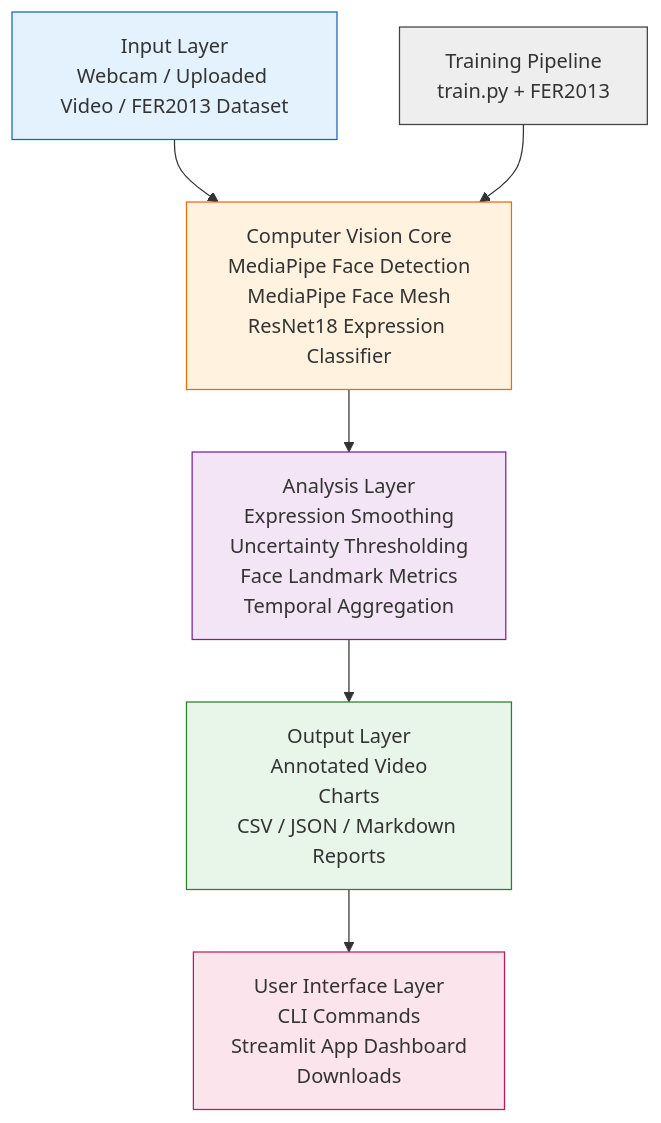
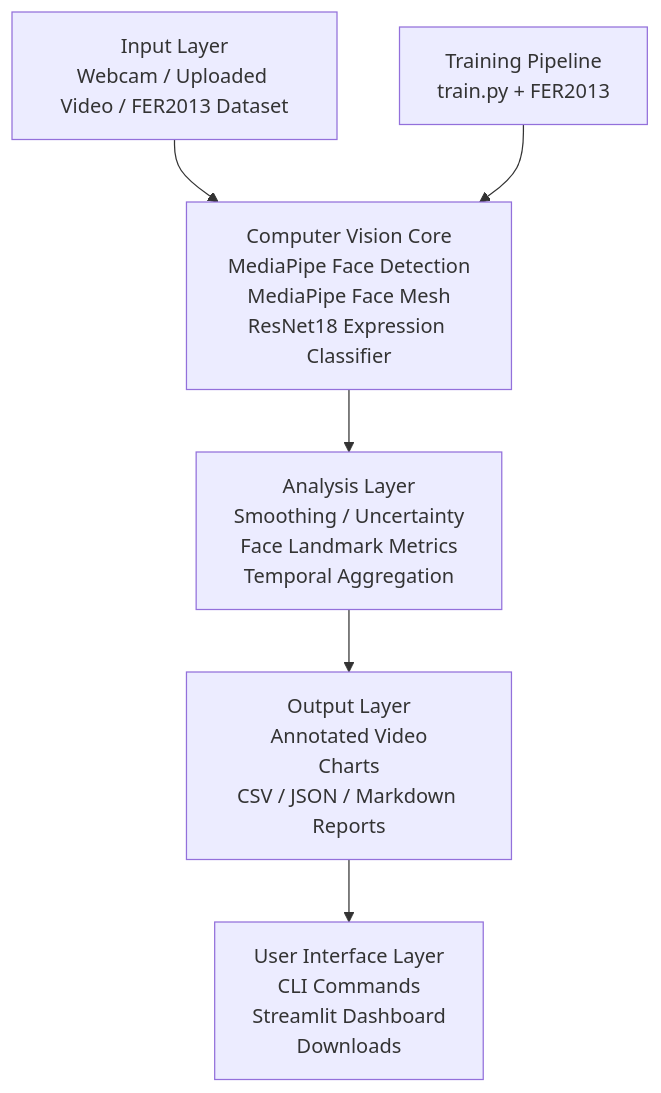
Before and after one commit to Laura77-code/presentsense-ai: the diagram in README.md, drawn with Mermaid. The commit also changed other lines of this file and 4 other files, not shown here.

First line of the commit message:
Refactor documentation and add architecture overview

````diff
--- a/README.md
+++ b/README.md
@@ -915,19 +214,8 @@
 ```mermaid
 flowchart TD
     A["Input Layer<br/>Webcam / Uploaded Video / FER2013 Dataset"] --> B["Computer Vision Core<br/>MediaPipe Face Detection<br/>MediaPipe Face Mesh<br/>ResNet18 Expression Classifier"]
-
-    B --> C["Analysis Layer<br/>Expression Smoothing<br/>Uncertainty Thresholding<br/>Face Landmark Metrics<br/>Temporal Aggregation"]
-
+    B --> C["Analysis Layer<br/>Smoothing / Uncertainty<br/>Face Landmark Metrics<br/>Temporal Aggregation"]
     C --> D["Output Layer<br/>Annotated Video<br/>Charts<br/>CSV / JSON / Markdown Reports"]
-
-    D --> E["User Interface Layer<br/>CLI Commands<br/>Streamlit App Dashboard<br/>Downloads"]
-
+    D --> E["User Interface Layer<br/>CLI Commands<br/>Streamlit Dashboard<br/>Downloads"]
     F["Training Pipeline<br/>train.py + FER2013"] --> B
-
-    style A fill:#e3f2fd,stroke:#1565c0,stroke-width:1px
-    style B fill:#fff3e0,stroke:#ef6c00,stroke-width:1px
-    style C fill:#f3e5f5,stroke:#7b1fa2,stroke-width:1px
-    style D fill:#e8f5e9,stroke:#2e7d32,stroke-width:1px
-    style E fill:#fce4ec,stroke:#c2185b,stroke-width:1px
-    style F fill:#eeeeee,stroke:#424242,stroke-width:1px
 ```
````
